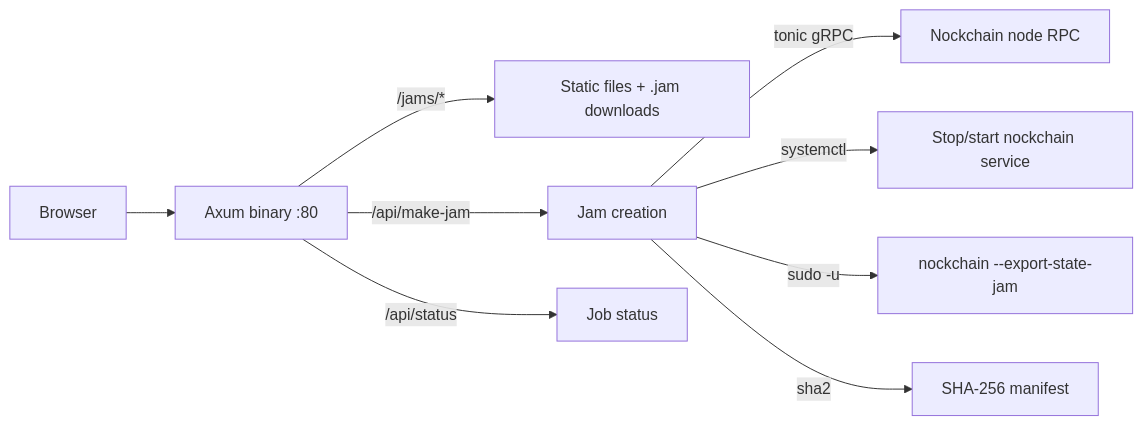
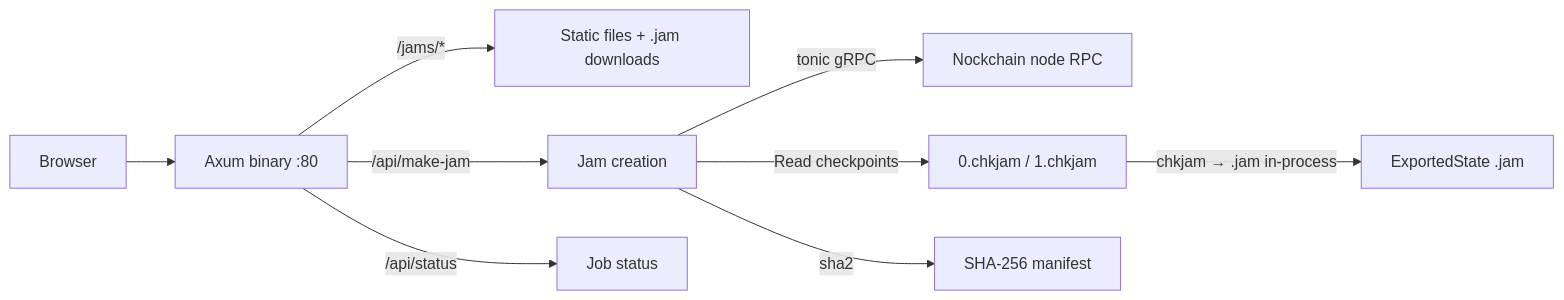
Before and after one commit to nocktoshi/nockchain-jammer: the diagram in README.md, drawn with Mermaid. The commit also changed other lines of this file and 5 other files, not shown here.

Commit message:
feat: export directly from .chkjam files without stopping node

````diff
--- a/README.md
+++ b/README.md
@@ -36,11 +38,11 @@
 ```mermaid
 flowchart LR
     Browser --> Axum["Axum binary :80"]
     Axum -->|"/jams/*"| Static["Static files + .jam downloads"]
     Axum -->|"/api/make-jam"| Jam["Jam creation"]
     Axum -->|"/api/status"| Status["Job status"]
     Jam -->|"tonic gRPC"| Node["Nockchain node RPC"]
-    Jam -->|"systemctl"| Systemd["Stop/start nockchain service"]
-    Jam -->|"sudo -u"| Export["nockchain --export-state-jam"]
+    Jam -->|"Read checkpoints"| Chk["0.chkjam / 1.chkjam"]
+    Chk -->|"chkjam → .jam in-process"| Export["ExportedState .jam"]
     Jam -->|"sha2"| Hash["SHA-256 manifest"]
 ```
````
